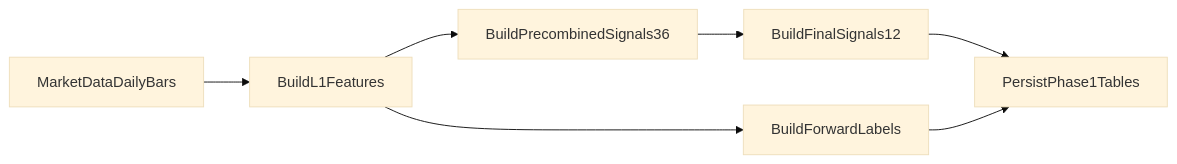
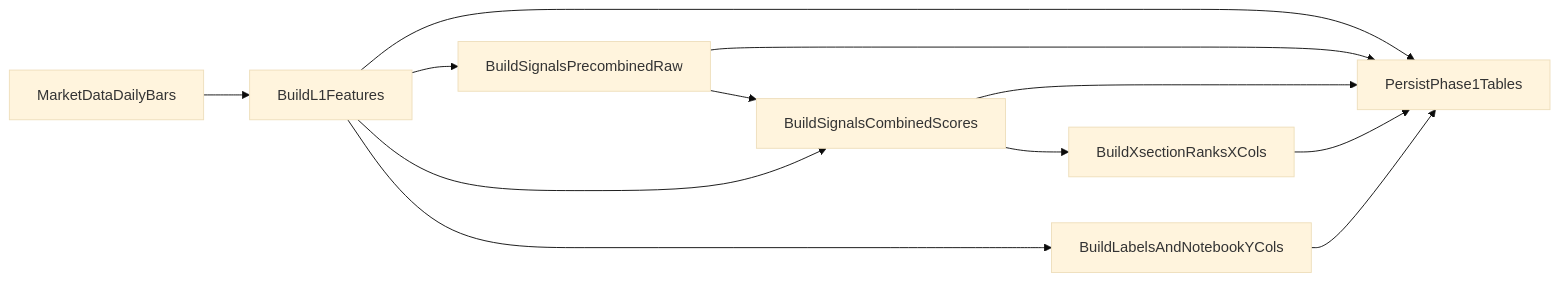
One commit to kcf1/Multistrat changed the diagram in docs/strategies/PHASE1_DETAILED_PLAN.md. Above: the diagram before and after it, drawn with Mermaid (base theme). The commit also changed other lines of this file and 2 other files, not shown here.

First line of the commit message:
Update Phase 1 documentation and restructure trading module references

````diff
--- a/docs/strategies/PHASE1_DETAILED_PLAN.md
+++ b/docs/strategies/PHASE1_DETAILED_PLAN.md
@@ -124,9 +267,14 @@
 ```mermaid
 flowchart LR
   marketData[MarketDataDailyBars] --> l1[BuildL1Features]
-  l1 --> pre[BuildPrecombinedSignals36]
-  pre --> final[BuildFinalSignals12]
-  l1 --> labels[BuildForwardLabels]
-  final --> persist[PersistPhase1Tables]
+  l1 --> pre[BuildSignalsPrecombinedRaw]
+  pre --> comb[BuildSignalsCombinedScores]
+  l1 --> comb
+  comb --> xsec[BuildXsectionRanksXCols]
+  l1 --> labels[BuildLabelsAndNotebookYCols]
+  l1 --> persist[PersistPhase1Tables]
+  pre --> persist
+  comb --> persist
+  xsec --> persist
   labels --> persist
 ```
````
